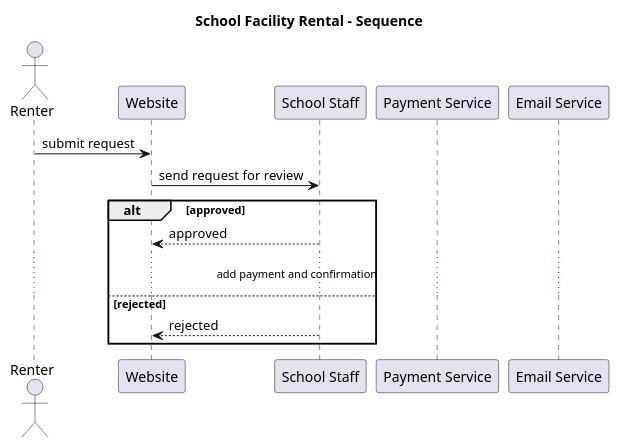
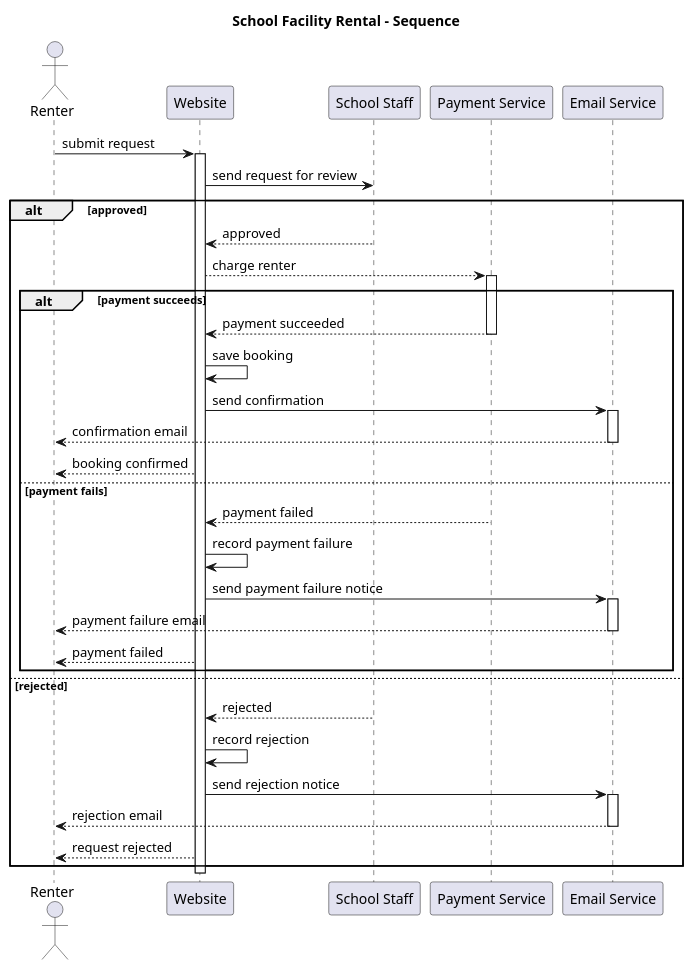
One commit to ITRINH-POMONA/Homework-6-Repo changed the diagram in Sequence_Diagram.puml. Above: the diagram before and after it, drawn with PlantUML. The commit also changed 1 other file, not shown here.

Commit message:
Adding assumptions.txt and Sequence Diagram

```diff
--- a/Sequence_Diagram.puml
+++ b/Sequence_Diagram.puml
@@ -1,16 +1,46 @@
 @startuml Sequnce_Diagram
 title School Facility Rental - Sequence
 actor Renter
 participant Website
 participant "School Staff" as Staff
 participant "Payment Service" as Pay
 participant "Email Service" as Email
 Renter -> Website: submit request
+activate Website
 Website -> Staff: send request for review
 alt approved
-Staff --> Website: approved
-... add payment and confirmation ...
+    Staff --> Website: approved
+    deactivate Staff
+    Website --> Pay: charge renter
+    activate Pay
+    alt payment succeeds
+        Pay --> Website: payment succeeded
+        deactivate Pay 
+        Website -> Website: save booking
+        Website -> Email: send confirmation
+        activate Email
+        Email --> Renter: confirmation email
+        deactivate Email
+        Website --> Renter: booking confirmed
+    else payment fails
+        Pay --> Website: payment failed
+        deactivate Pay
+        Website -> Website: record payment failure
+        Website -> Email: send payment failure notice
+        activate Email
+        Email --> Renter: payment failure email
+        deactivate Email
+        Website --> Renter: payment failed
+    end
 else rejected
-Staff --> Website: rejected
+    Staff --> Website: rejected
+    deactivate Staff
+    Website -> Website: record rejection
+    Website -> Email: send rejection notice
+    activate Email
+    Email --> Renter: rejection email
+    deactivate Email
+    Website --> Renter: request rejected
 end
+deactivate Website
 @enduml
```
